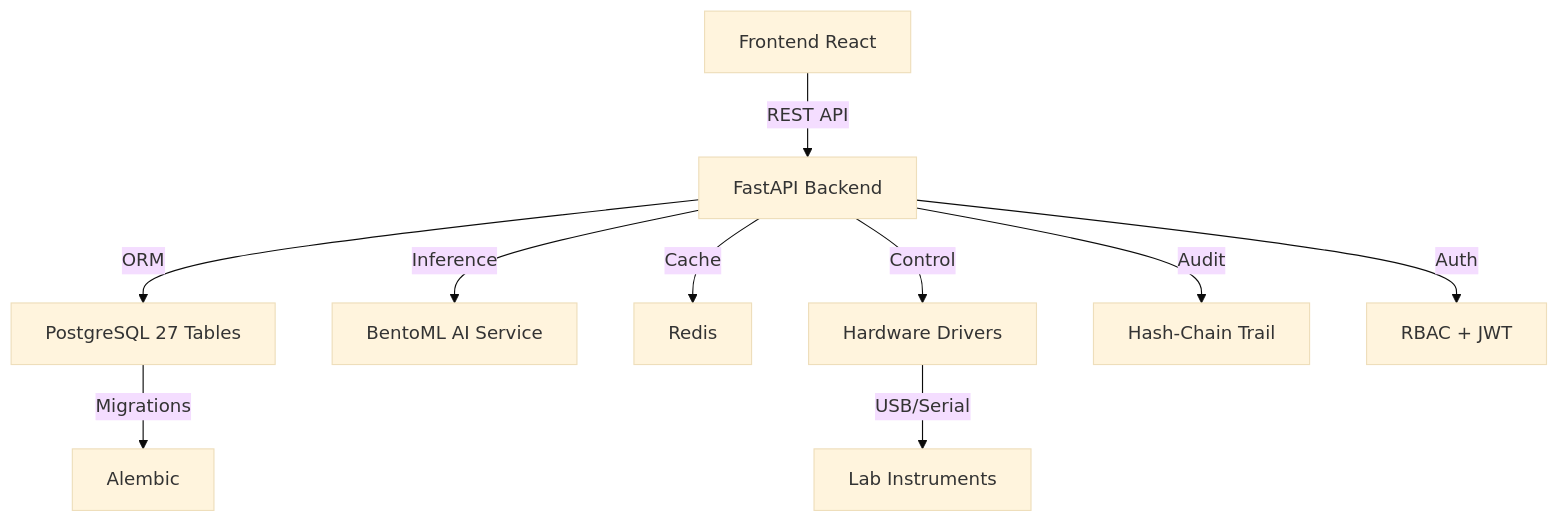
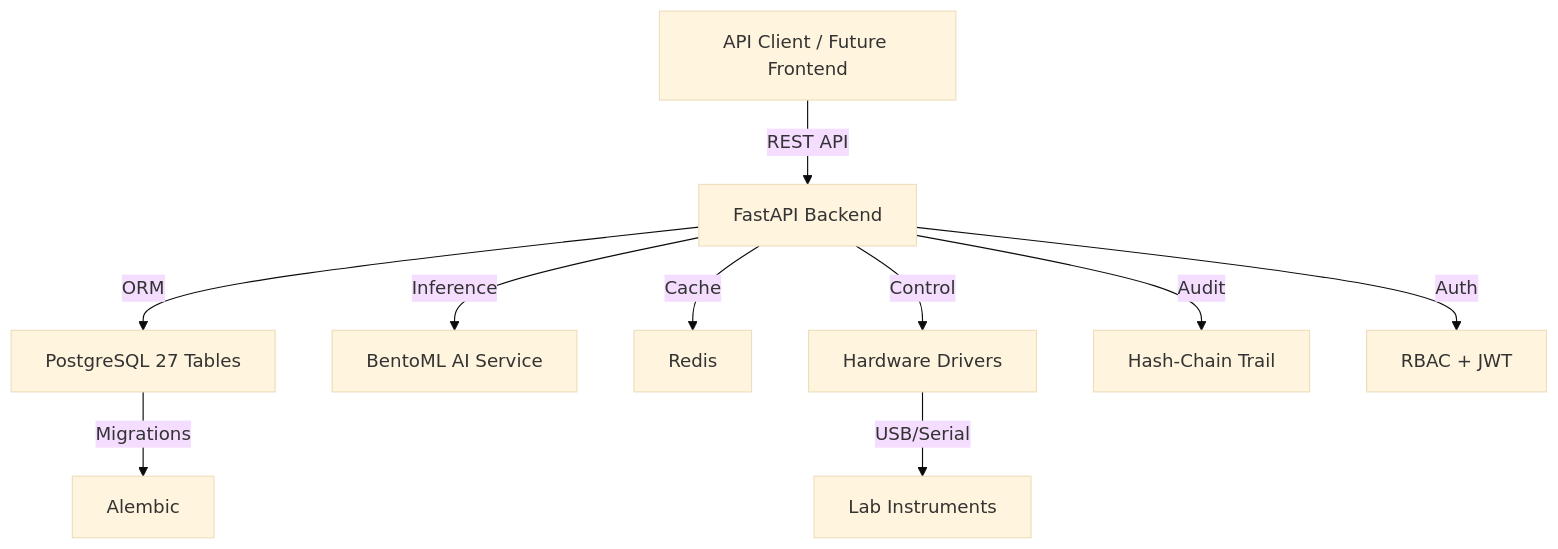
The diagram in README.md (dawsonblock/POLYMORPH_LITE_MAIN), drawn with Mermaid (base theme) before and after one commit.

Commit message:
docs: polish architecture diagram in README

````diff
--- a/README.md
+++ b/README.md
@@ -168,13 +168,13 @@
 ```mermaid
 graph TD
-    A[Frontend React] -->|REST API| B[FastAPI Backend]
+    A[API Client / Future Frontend] -->|REST API| B[FastAPI Backend]
     B -->|ORM| C[PostgreSQL 27 Tables]
     B -->|Inference| D[BentoML AI Service]
     B -->|Cache| E[Redis]
     B -->|Control| F[Hardware Drivers]
     F -->|USB/Serial| G[Lab Instruments]
     
     C -->|Migrations| H[Alembic]
     B -->|Audit| I[Hash-Chain Trail]
     B -->|Auth| J[RBAC + JWT]
 ```
````
